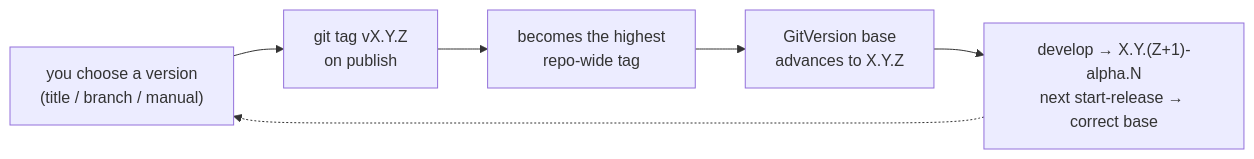
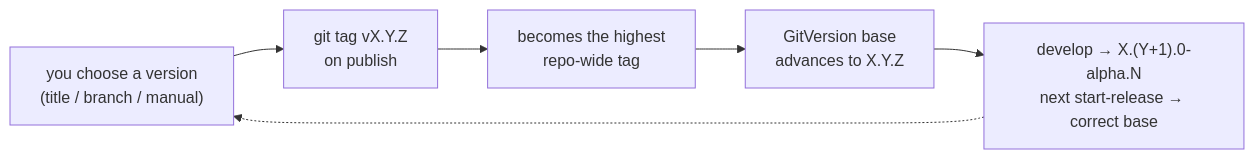
One commit to whizbang-lib/whizbang changed the fourth of 5 diagrams in docs/RELEASING.md. Above: the diagram before and after it, drawn with Mermaid. The commit also changed other lines of this file, not shown here.

First line of the commit message:
docs(releasing): document the release-pr guard, hotfix lines and prerelease series

````diff
--- a/docs/RELEASING.md
+++ b/docs/RELEASING.md
@@ -193,8 +203,8 @@
 ```mermaid
 flowchart LR
   CHOOSE["you choose a version<br/>(title / branch / manual)"] --> TAG["git tag vX.Y.Z<br/>on publish"]
   TAG --> HIGH["becomes the highest<br/>repo-wide tag"]
   HIGH --> GV["GitVersion base<br/>advances to X.Y.Z"]
-  GV --> NEXT["develop → X.Y.(Z+1)-alpha.N<br/>next start-release → correct base"]
+  GV --> NEXT["develop → X.(Y+1).0-alpha.N<br/>next start-release → correct base"]
   NEXT -.-> CHOOSE
 ```
````
